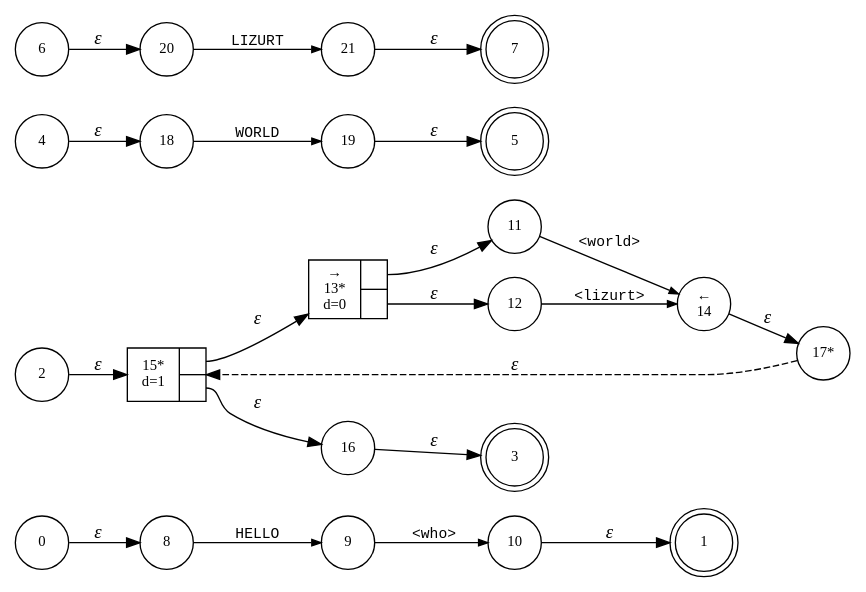
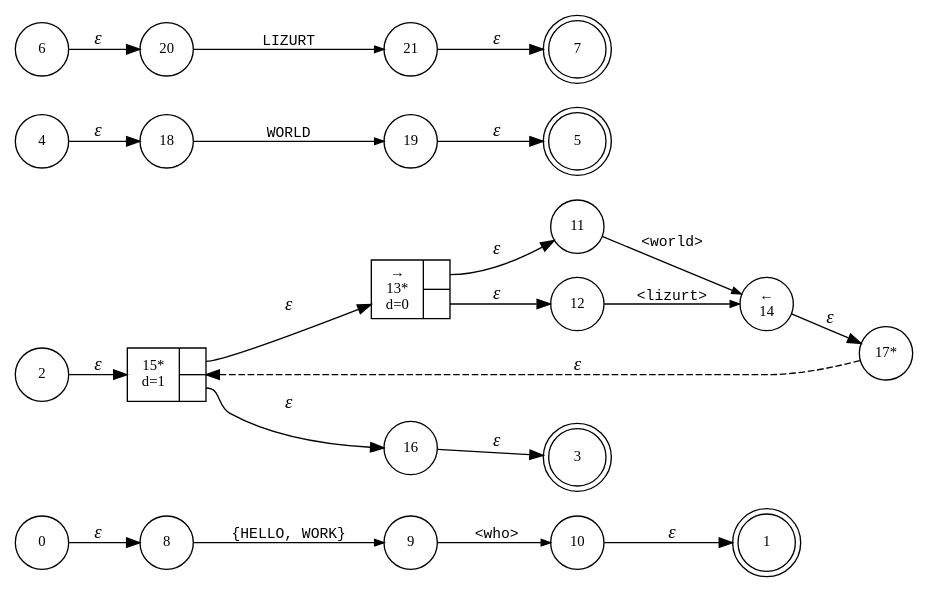
The diagram in parser.dot (Lizurt/Suggester), drawn with Graphviz before and after one commit. The commit also changed 20 other files, not shown here.

```diff
--- a/parser.dot
+++ b/parser.dot
@@ -1,51 +1,51 @@
 digraph ATN { rankdir=LR;
 
 s1[fontsize=11, label="1", shape=doublecircle, fixedsize=true, width=.6];
 s0[fontsize=11,label="0", shape=circle, fixedsize=true, width=.55, peripheries=1];
 s8[fontsize=11,label="8", shape=circle, fixedsize=true, width=.55, peripheries=1];
 s9[fontsize=11,label="9", shape=circle, fixedsize=true, width=.55, peripheries=1];
 s10[fontsize=11,label="10", shape=circle, fixedsize=true, width=.55, peripheries=1];
 s0 -> s8 [fontname="Times-Italic", label="&epsilon;"];
-s8 -> s9 [fontsize=11, fontname="Courier", arrowsize=.7, label = "HELLO", arrowhead = normal];
+s8 -> s9 [fontsize=11, fontname="Courier", arrowsize=.7, label = "{HELLO, WORK}", arrowhead = normal];
 s9 -> s10 [fontsize=11, fontname="Courier", arrowsize=.7, label = "<who>", arrowhead = normal];
 s10 -> s1 [fontname="Times-Italic", label="&epsilon;"];
 
 
 s3[fontsize=11, label="3", shape=doublecircle, fixedsize=true, width=.6];
 s16[fontsize=11,label="16", shape=circle, fixedsize=true, width=.55, peripheries=1];
 s17[fontsize=11,label="17*", shape=circle, fixedsize=true, width=.55, peripheries=1];
 s2[fontsize=11,label="2", shape=circle, fixedsize=true, width=.55, peripheries=1];
 s11[fontsize=11,label="11", shape=circle, fixedsize=true, width=.55, peripheries=1];
 s12[fontsize=11,label="12", shape=circle, fixedsize=true, width=.55, peripheries=1];
 s13[fontsize=11,label="{&rarr;\n13*\nd=0|{<p0>|<p1>}}", shape=record, fixedsize=false, peripheries=1];
 s14[fontsize=11,label="&larr;\n14", shape=circle, fixedsize=true, width=.55, peripheries=1];
 s15[fontsize=11,label="{15*\nd=1|{<p0>|<p1>}}", shape=record, fixedsize=false, peripheries=1];
 s2 -> s15 [fontname="Times-Italic", label="&epsilon;"];
 s15:p0 -> s13 [fontname="Times-Italic", label="&epsilon;"];
 s15:p1 -> s16 [fontname="Times-Italic", label="&epsilon;"];
 s13:p0 -> s11 [fontname="Times-Italic", label="&epsilon;"];
 s13:p1 -> s12 [fontname="Times-Italic", label="&epsilon;"];
 s16 -> s3 [fontname="Times-Italic", label="&epsilon;"];
 s11 -> s14 [fontsize=11, fontname="Courier", arrowsize=.7, label = "<world>", arrowhead = normal];
 s12 -> s14 [fontsize=11, fontname="Courier", arrowsize=.7, label = "<lizurt>", arrowhead = normal];
 s14 -> s17 [fontname="Times-Italic", label="&epsilon;"];
 s17 -> s15 [fontname="Times-Italic", label="&epsilon;", style="dashed"];
 
 
 s5[fontsize=11, label="5", shape=doublecircle, fixedsize=true, width=.6];
 s18[fontsize=11,label="18", shape=circle, fixedsize=true, width=.55, peripheries=1];
 s19[fontsize=11,label="19", shape=circle, fixedsize=true, width=.55, peripheries=1];
 s4[fontsize=11,label="4", shape=circle, fixedsize=true, width=.55, peripheries=1];
 s4 -> s18 [fontname="Times-Italic", label="&epsilon;"];
 s18 -> s19 [fontsize=11, fontname="Courier", arrowsize=.7, label = "WORLD", arrowhead = normal];
 s19 -> s5 [fontname="Times-Italic", label="&epsilon;"];
 
 
 s7[fontsize=11, label="7", shape=doublecircle, fixedsize=true, width=.6];
 s20[fontsize=11,label="20", shape=circle, fixedsize=true, width=.55, peripheries=1];
 s21[fontsize=11,label="21", shape=circle, fixedsize=true, width=.55, peripheries=1];
 s6[fontsize=11,label="6", shape=circle, fixedsize=true, width=.55, peripheries=1];
 s6 -> s20 [fontname="Times-Italic", label="&epsilon;"];
 s20 -> s21 [fontsize=11, fontname="Courier", arrowsize=.7, label = "LIZURT", arrowhead = normal];
 s21 -> s7 [fontname="Times-Italic", label="&epsilon;"];
 }
```
